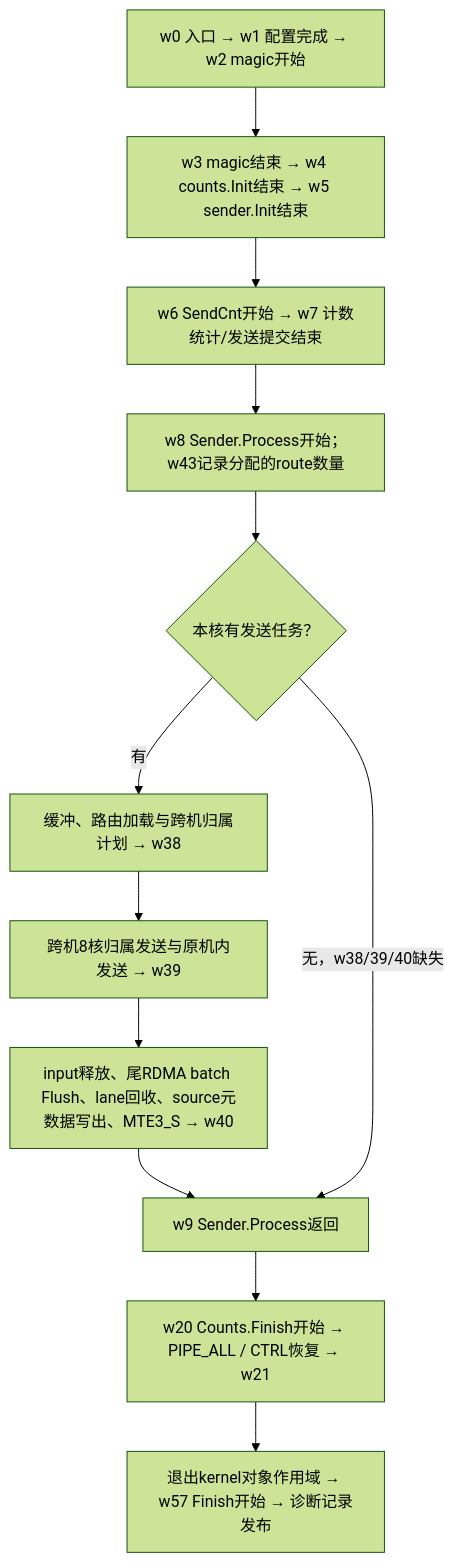
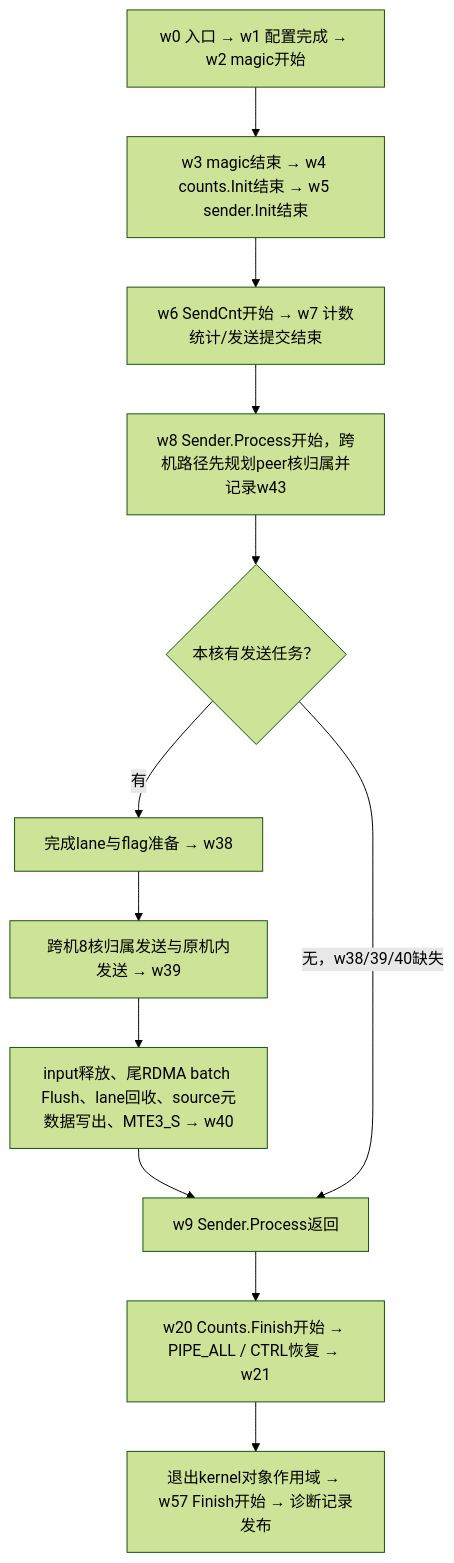
The first of 2 diagrams in tests/ll_rdma/STAGE_TIMELINE.md (TangYunfei147/DeepEP-LL), drawn with Mermaid (forest theme) before and after one commit. The commit also changed other lines of this file and 19 other files, not shown here.

````diff
--- a/tests/ll_rdma/STAGE_TIMELINE.md
+++ b/tests/ll_rdma/STAGE_TIMELINE.md
@@ -17,14 +17,14 @@
 ```mermaid
 flowchart TD
   s0["w0 入口 → w1 配置完成 → w2 magic开始"] --> s1["w3 magic结束 → w4 counts.Init结束 → w5 sender.Init结束"]
   s1 --> s2["w6 SendCnt开始 → w7 计数统计/发送提交结束"]
-  s2 --> s3["w8 Sender.Process开始；w43记录分配的route数量"]
+  s2 --> s3["w8 Sender.Process开始，跨机路径先规划peer核归属并记录w43"]
   s3 --> empty{"本核有发送任务？"}
-  empty -->|有| s4["缓冲、路由加载与跨机归属计划 → w38"]
+  empty -->|有| s4["完成lane与flag准备 → w38"]
   s4 --> s5["跨机8核归属发送与原机内发送 → w39"]
   s5 --> s6["input释放、尾RDMA batch Flush、lane回收、source元数据写出、MTE3_S → w40"]
   s6 --> s7["w9 Sender.Process返回"]
   empty -->|无，w38/39/40缺失| s7
   s7 --> s8["w20 Counts.Finish开始 → PIPE_ALL / CTRL恢复 → w21"]
   s8 --> s9["退出kernel对象作用域 → w57 Finish开始 → 诊断记录发布"]
 ```
````
